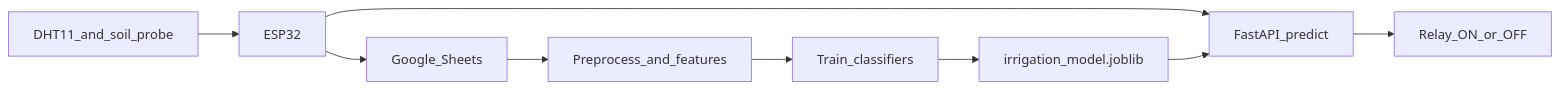
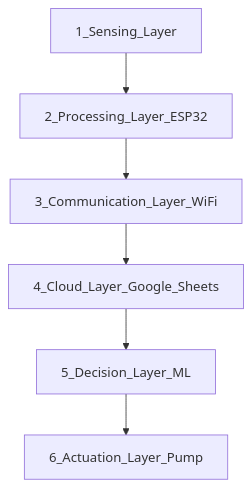
One commit to pramodgiri2468/FYP_Smart_Irrigation_Tomato changed the diagram in README.md. Above: the diagram before and after it, drawn with Mermaid. The commit also changed other lines of this file and 1 other file, not shown here.

Commit message:
Document the six-layer system architecture and folder mapping.

````diff
--- a/README.md
+++ b/README.md
@@ -9,11 +13,8 @@
 ```mermaid
-flowchart LR
-  sensors[DHT11_and_soil_probe] --> esp32[ESP32]
-  esp32 --> sheets[Google_Sheets]
-  esp32 --> api[FastAPI_predict]
-  sheets --> preprocess[Preprocess_and_features]
-  preprocess --> train[Train_classifiers]
-  train --> model[irrigation_model.joblib]
-  model --> api
-  api --> decision[Relay_ON_or_OFF]
+flowchart TD
+  sensing[1_Sensing_Layer] --> processing[2_Processing_Layer_ESP32]
+  processing --> communication[3_Communication_Layer_WiFi]
+  communication --> cloud[4_Cloud_Layer_Google_Sheets]
+  cloud --> decision[5_Decision_Layer_ML]
+  decision --> actuation[6_Actuation_Layer_Pump]
 ```
````
